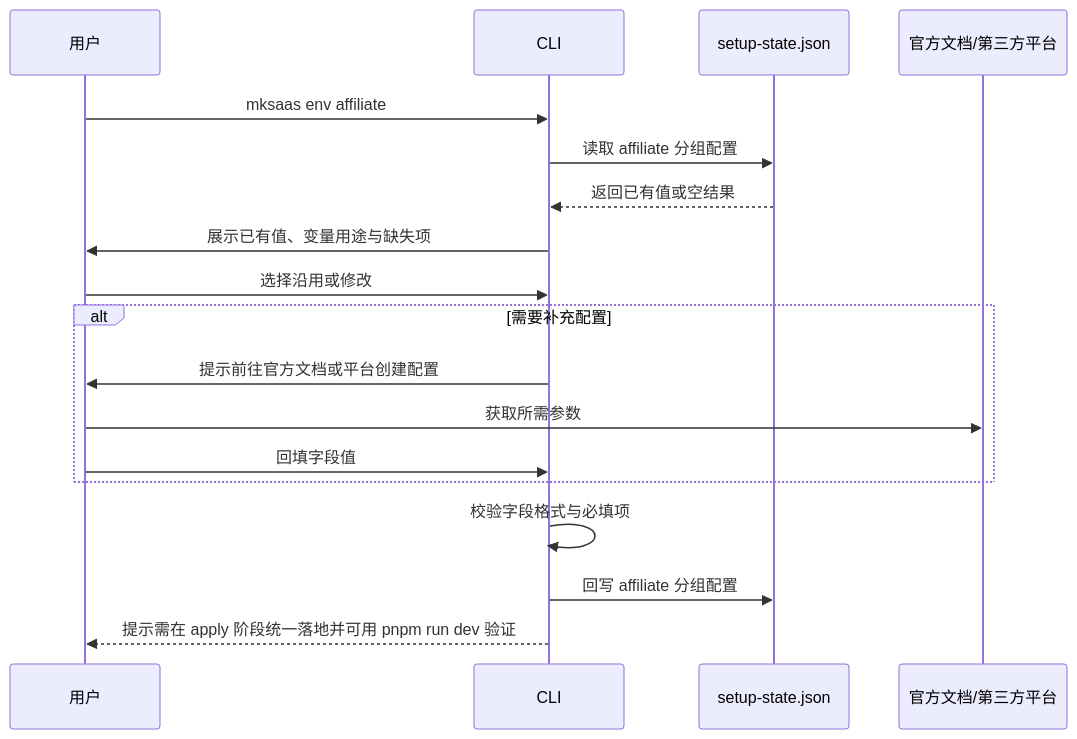
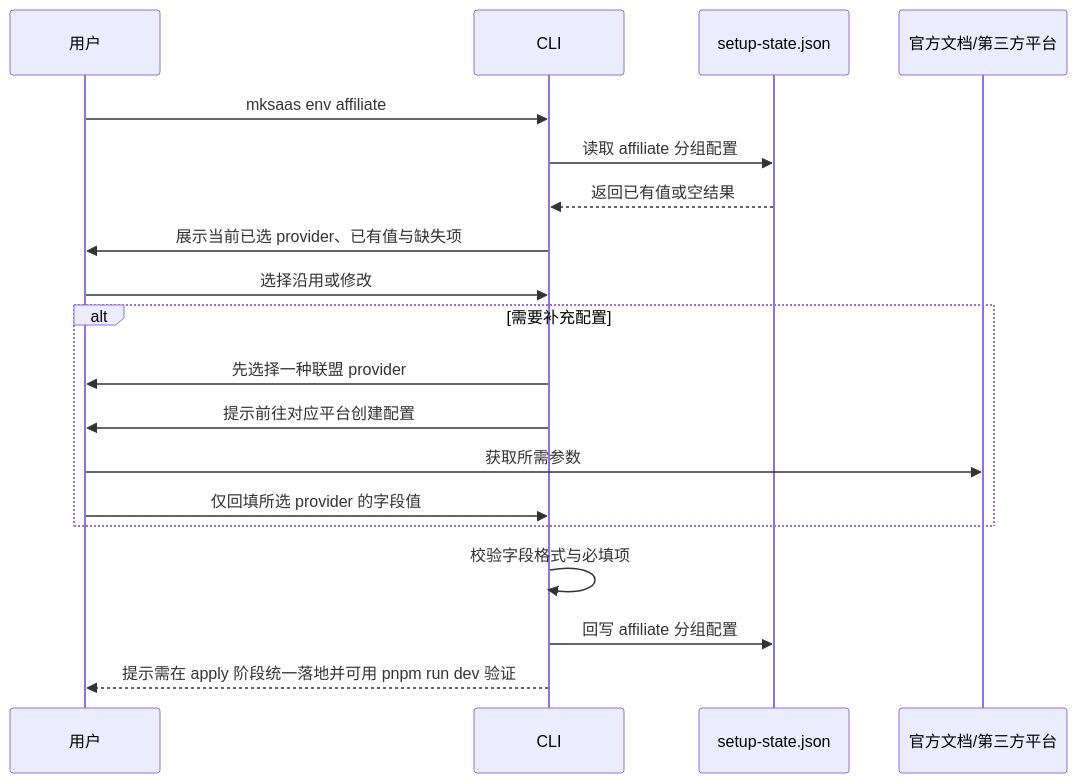
One commit to CaffeineOddity/mksaas_command changed the second of 2 diagrams in docs/steps/03-env-groups/13-affiliate.md. Above: the diagram before and after it, drawn with Mermaid. The commit also changed other lines of this file and 17 other files, not shown here.

````diff
--- a/docs/steps/03-env-groups/13-affiliate.md
+++ b/docs/steps/03-env-groups/13-affiliate.md
@@ -71,21 +74,22 @@
 ```mermaid
 sequenceDiagram
     participant U as 用户
     participant C as CLI
     participant J as setup-state.json
     participant D as 官方文档/第三方平台
 
     U->>C: mksaas env affiliate
     C->>J: 读取 affiliate 分组配置
     J-->>C: 返回已有值或空结果
-    C->>U: 展示已有值、变量用途与缺失项
+    C->>U: 展示当前已选 provider、已有值与缺失项
     U->>C: 选择沿用或修改
     alt 需要补充配置
-        C->>U: 提示前往官方文档或平台创建配置
+        C->>U: 先选择一种联盟 provider
+        C->>U: 提示前往对应平台创建配置
         U->>D: 获取所需参数
-        U->>C: 回填字段值
+        U->>C: 仅回填所选 provider 的字段值
     end
     C->>C: 校验字段格式与必填项
     C->>J: 回写 affiliate 分组配置
     C-->>U: 提示需在 apply 阶段统一落地并可用 pnpm run dev 验证
 ```
````
